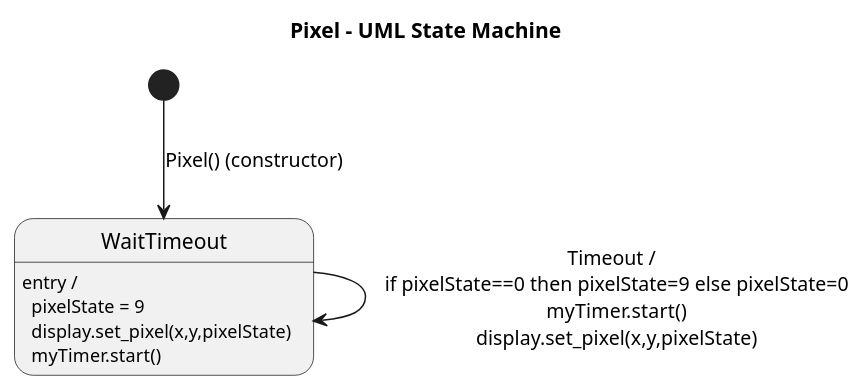
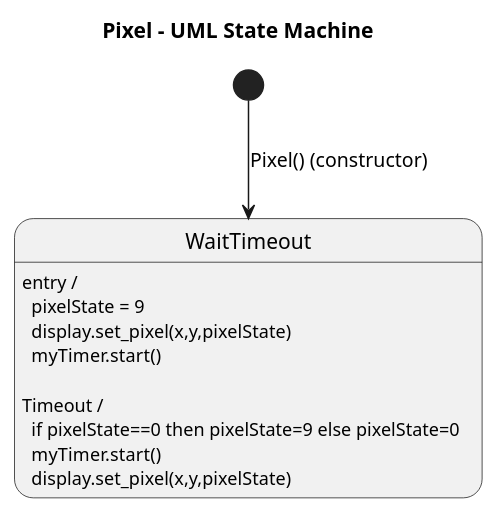
One commit to juanferfranco/interactivos1-2026-10 changed the first of 2 diagrams in src/content/docs/units/unit2.mdx. Above: the diagram before and after it, drawn with PlantUML.

````diff
--- a/src/content/docs/units/unit2.mdx
+++ b/src/content/docs/units/unit2.mdx
@@ -564,11 +564,11 @@
 ```plantuml
 @startuml
 title Pixel - UML State Machine
 
 [*] --> WaitTimeout : Pixel() (constructor)
 WaitTimeout : entry /\n  pixelState = 9\n  display.set_pixel(x,y,pixelState)\n  myTimer.start()
-WaitTimeout --> WaitTimeout : Timeout /\n  if pixelState==0 then pixelState=9 else pixelState=0\n  myTimer.start()\n  display.set_pixel(x,y,pixelState)
+WaitTimeout: \nTimeout /\n  if pixelState==0 then pixelState=9 else pixelState=0\n  myTimer.start()\n  display.set_pixel(x,y,pixelState)
 
 @enduml
 
 ```
````
